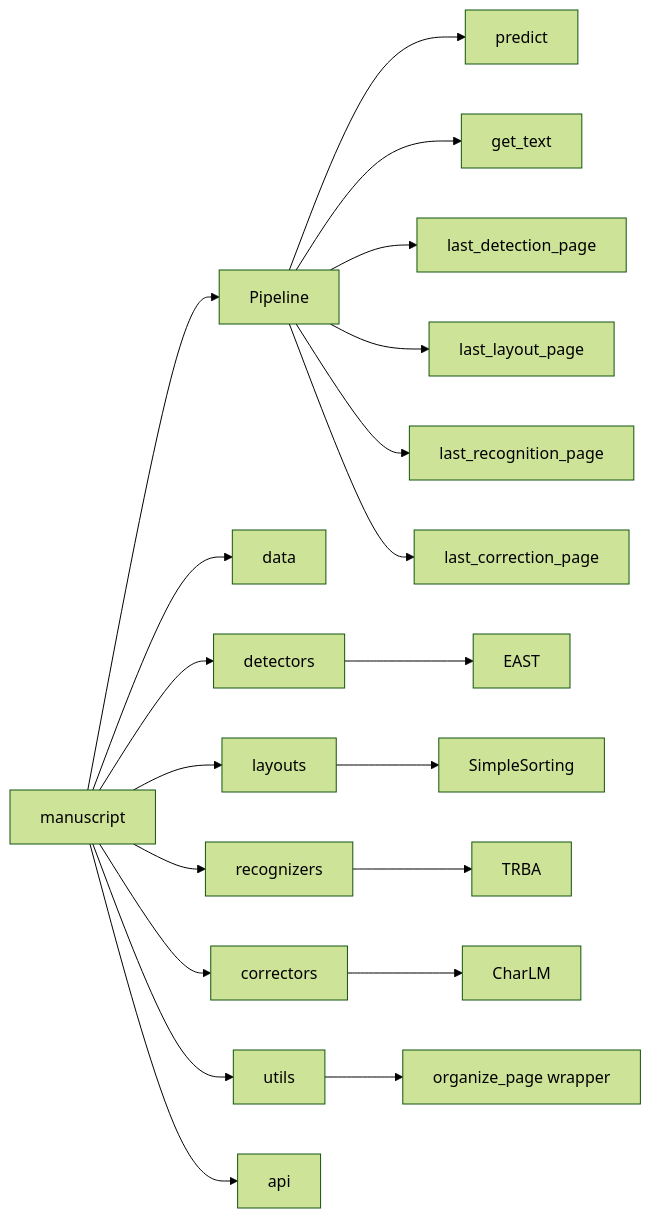
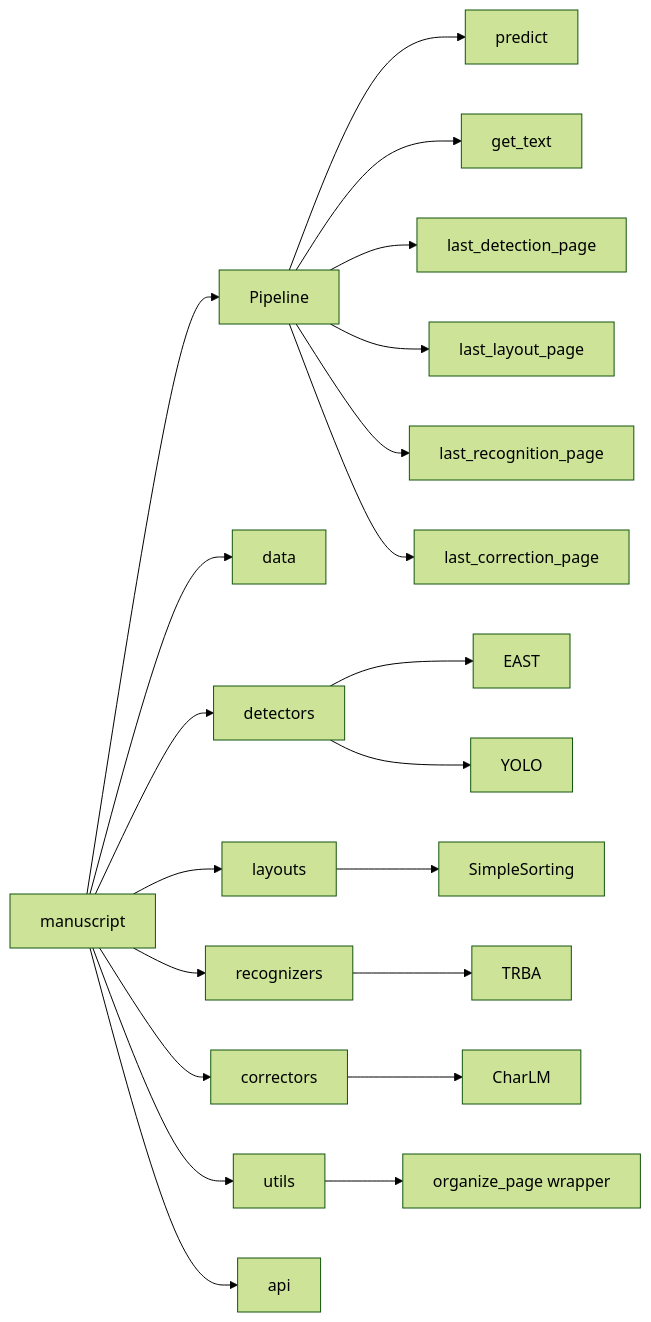
Before and after one commit to konstantinkozhin/manuscript-ocr: the diagram in docs/sphinx/structure.rst, drawn with Mermaid (forest theme). The commit also changed other lines of this file and 141 other files, not shown here.

```diff
--- a/docs/sphinx/structure.rst
+++ b/docs/sphinx/structure.rst
@@ -4,27 +4,28 @@
 .. mermaid::
 
     graph LR
         manuscript[manuscript]
 
         manuscript --> Pipeline[Pipeline]
         manuscript --> data[data]
         manuscript --> detectors[detectors]
         manuscript --> layouts[layouts]
         manuscript --> recognizers[recognizers]
         manuscript --> correctors[correctors]
         manuscript --> utils[utils]
         manuscript --> api[api]
 
         Pipeline --> p1[predict]
         Pipeline --> p2[get_text]
         Pipeline --> p3[last_detection_page]
         Pipeline --> p4[last_layout_page]
         Pipeline --> p5[last_recognition_page]
         Pipeline --> p6[last_correction_page]
 
         detectors --> EAST[EAST]
+        detectors --> YOLO[YOLO]
         layouts --> SimpleSorting[SimpleSorting]
         recognizers --> TRBA[TRBA]
         correctors --> CharLM[CharLM]
 
         utils --> organize_page[organize_page wrapper]
```
